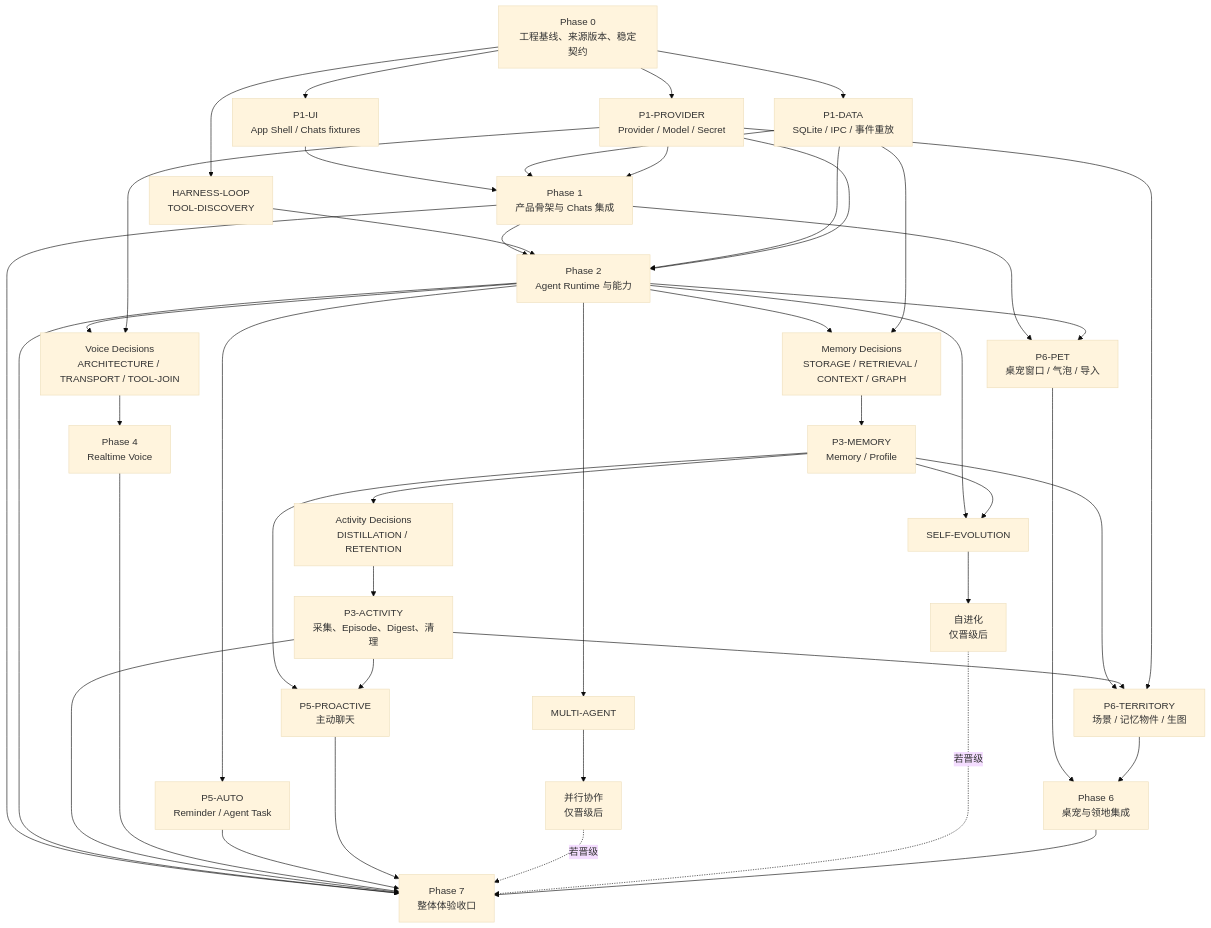
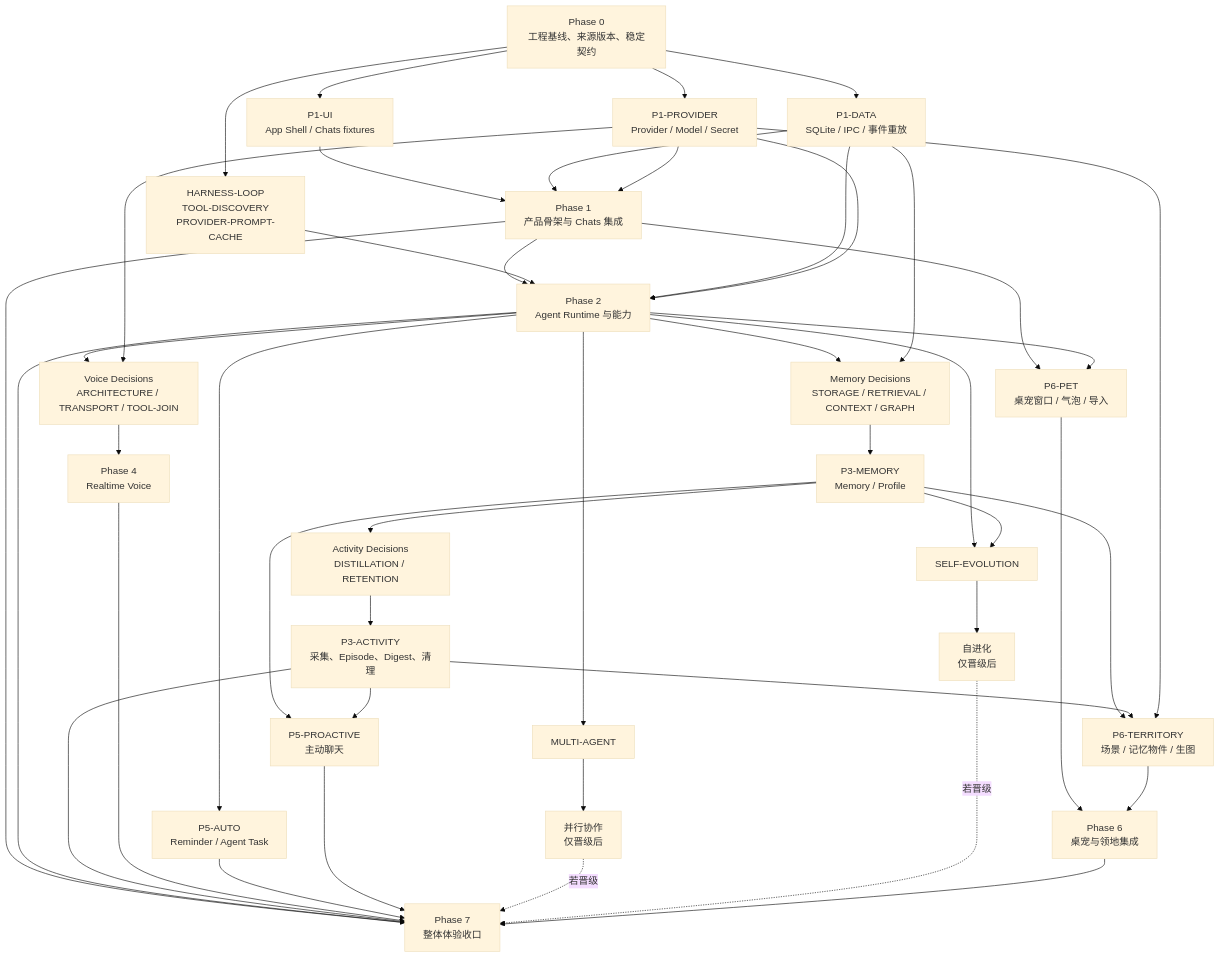
Before and after one commit to MicroYui/chara-mate: the diagram in docs/progress/ROADMAP.md, drawn with Mermaid (base theme). The commit also changed other lines of this file and 7 other files, not shown here.

````diff
--- a/docs/progress/ROADMAP.md
+++ b/docs/progress/ROADMAP.md
@@ -35,81 +35,81 @@
 ```mermaid
 flowchart TD
     P0["Phase 0<br/>工程基线、来源版本、稳定契约"]
 
     UI["P1-UI<br/>App Shell / Chats fixtures"]
     DB["P1-DATA<br/>SQLite / IPC / 事件重放"]
     PR["P1-PROVIDER<br/>Provider / Model / Secret"]
-    HD["HARNESS-LOOP<br/>TOOL-DISCOVERY"]
+    HD["HARNESS-LOOP<br/>TOOL-DISCOVERY<br/>PROVIDER-PROMPT-CACHE"]
     P1["Phase 1<br/>产品骨架与 Chats 集成"]
     P2["Phase 2<br/>Agent Runtime 与能力"]
 
     MD["Memory Decisions<br/>STORAGE / RETRIEVAL / CONTEXT / GRAPH"]
     MEM["P3-MEMORY<br/>Memory / Profile"]
     AD["Activity Decisions<br/>DISTILLATION / RETENTION"]
     ACT["P3-ACTIVITY<br/>采集、Episode、Digest、清理"]
 
     VD["Voice Decisions<br/>ARCHITECTURE / TRANSPORT / TOOL-JOIN"]
     VOICE["Phase 4<br/>Realtime Voice"]
 
     AUTO["P5-AUTO<br/>Reminder / Agent Task"]
     PRO["P5-PROACTIVE<br/>主动聊天"]
     MAD["MULTI-AGENT"]
     MA["并行协作<br/>仅晋级后"]
     SED["SELF-EVOLUTION"]
     SE["自进化<br/>仅晋级后"]
 
     PET["P6-PET<br/>桌宠窗口 / 气泡 / 导入"]
     TERR["P6-TERRITORY<br/>场景 / 记忆物件 / 生图"]
     P6["Phase 6<br/>桌宠与领地集成"]
     P7["Phase 7<br/>整体体验收口"]
 
     P0 --> UI
     P0 --> DB
     P0 --> PR
     P0 --> HD
     UI --> P1
     DB --> P1
     PR --> P1
 
     P1 --> P2
     HD --> P2
     DB --> P2
     PR --> P2
 
     P2 --> MD
     DB --> MD
     MD --> MEM
     MEM --> AD
     AD --> ACT
 
     P2 --> VD
     PR --> VD
     VD --> VOICE
 
     P2 --> AUTO
     P2 --> MAD
     MAD --> MA
     P2 --> SED
     MEM --> SED
     SED --> SE
     MEM --> PRO
     ACT --> PRO
 
     P1 --> PET
     P2 --> PET
     MEM --> TERR
     ACT --> TERR
     PR --> TERR
     PET --> P6
     TERR --> P6
 
     P1 --> P7
     P2 --> P7
     ACT --> P7
     VOICE --> P7
     AUTO --> P7
     PRO --> P7
     MA -.->|若晋级| P7
     SE -.->|若晋级| P7
     P6 --> P7
 ```
````
